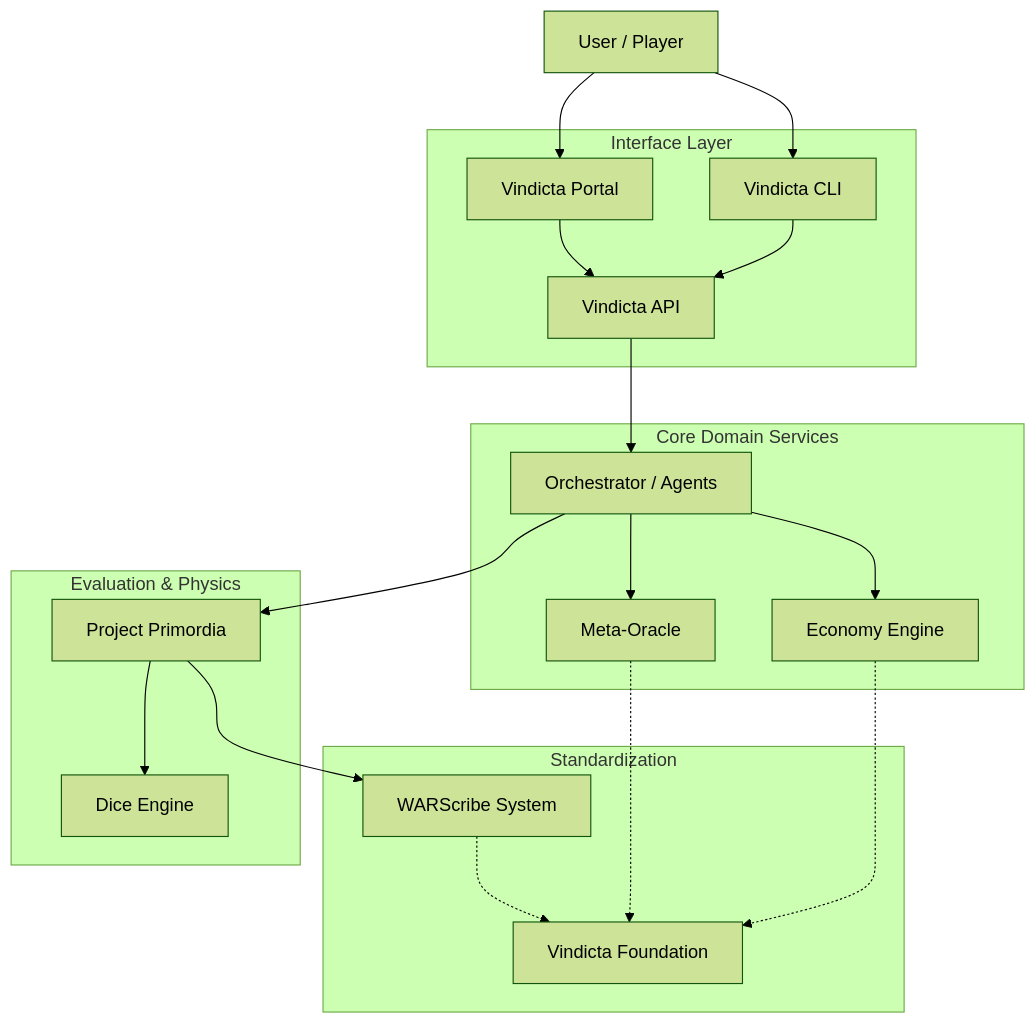
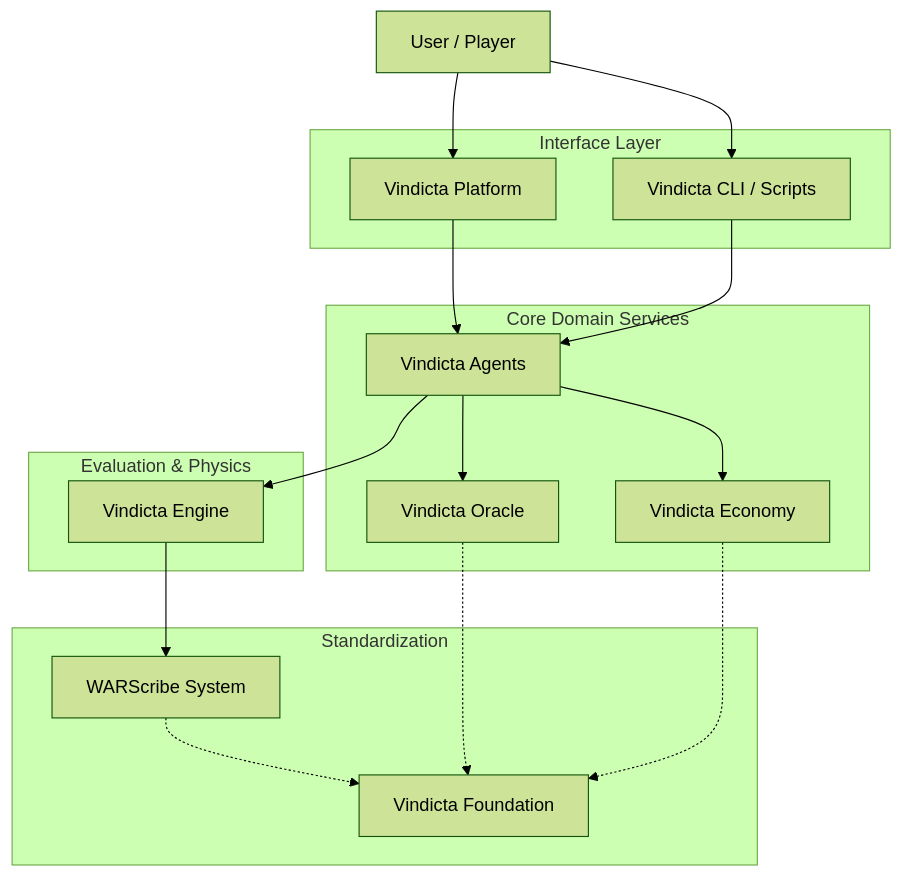
The diagram in docs/architecture/overview.md (vindicta-platform/vindicta-foundation), drawn with Mermaid (forest theme) before and after one commit. The commit also changed other lines of this file and 11 other files, not shown here.

First line of the commit message:
docs(architecture): phase 2 meso-repo consolidation updates

````diff
--- a/docs/architecture/overview.md
+++ b/docs/architecture/overview.md
@@ -15,41 +14,37 @@
 ```mermaid
 graph TD
-    User[User / Player] --> Portal[Vindicta Portal]
-    User --> CLI[Vindicta CLI]
+    User[User / Player] --> Portal[Vindicta Platform]
+    User --> CLI[Vindicta CLI / Scripts]
 
     subgraph "Interface Layer"
         Portal
         CLI
-        API[Vindicta API]
     end
 
     subgraph "Core Domain Services"
-        Orchestrator[Orchestrator / Agents]
-        Oracle[Meta-Oracle]
-        Economy[Economy Engine]
+        Orchestrator[Vindicta Agents]
+        Oracle[Vindicta Oracle]
+        Economy[Vindicta Economy]
     end
 
     subgraph "Evaluation & Physics"
-        Primordia[Project Primordia]
-        Dice[Dice Engine]
+        Engine[Vindicta Engine]
     end
 
     subgraph "Standardization"
         WARScribe[WARScribe System]
         Foundation[Vindicta Foundation]
     end
 
-    Portal --> API
-    CLI --> API
-    API --> Orchestrator
-    Orchestrator --> Primordia
+    Portal --> Orchestrator
+    CLI --> Orchestrator
+    Orchestrator --> Engine
     Orchestrator --> Oracle
     Orchestrator --> Economy
 
-    Primordia --> Dice
-    Primordia --> WARScribe
+    Engine --> WARScribe
 
     WARScribe -.-> Foundation
     Oracle -.-> Foundation
     Economy -.-> Foundation
 ```
````
